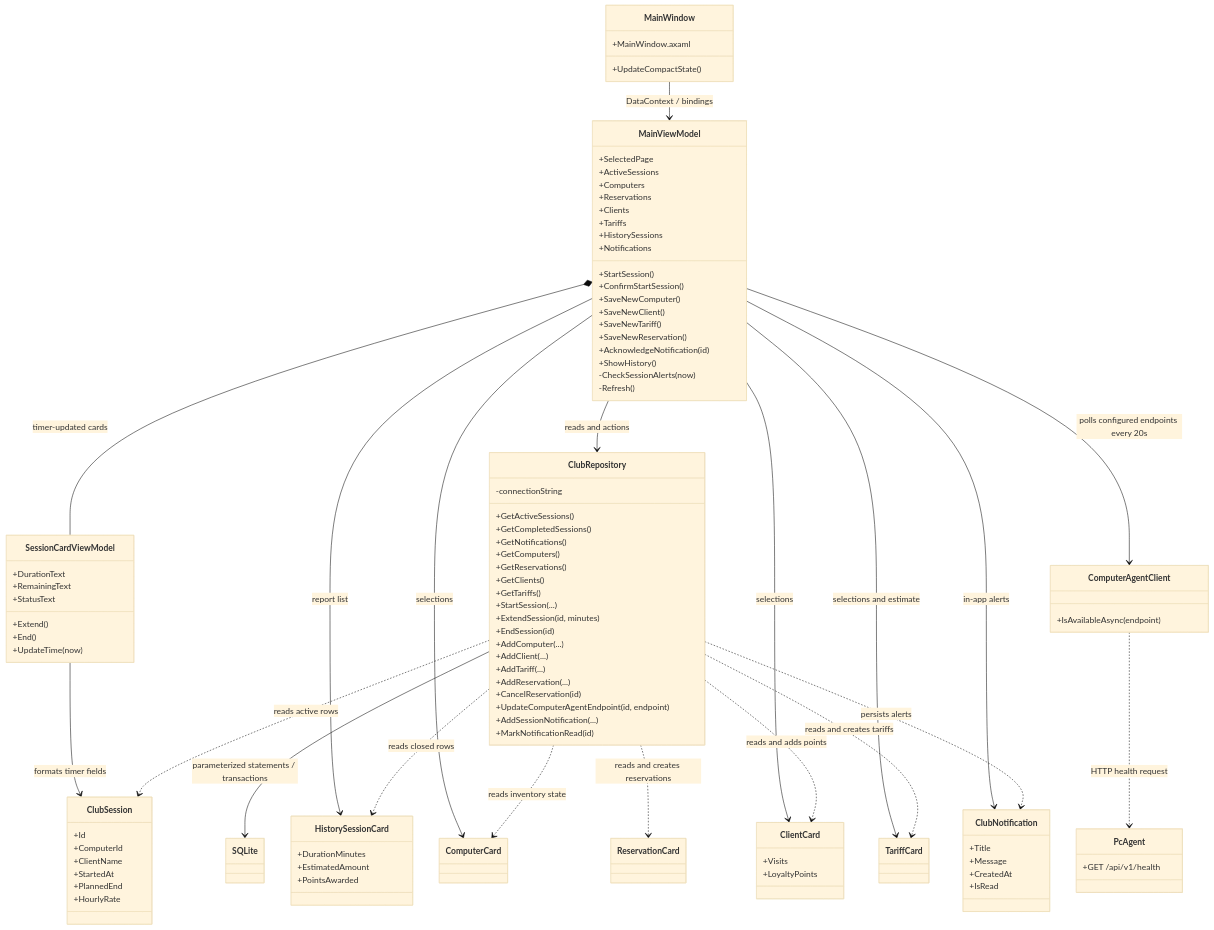
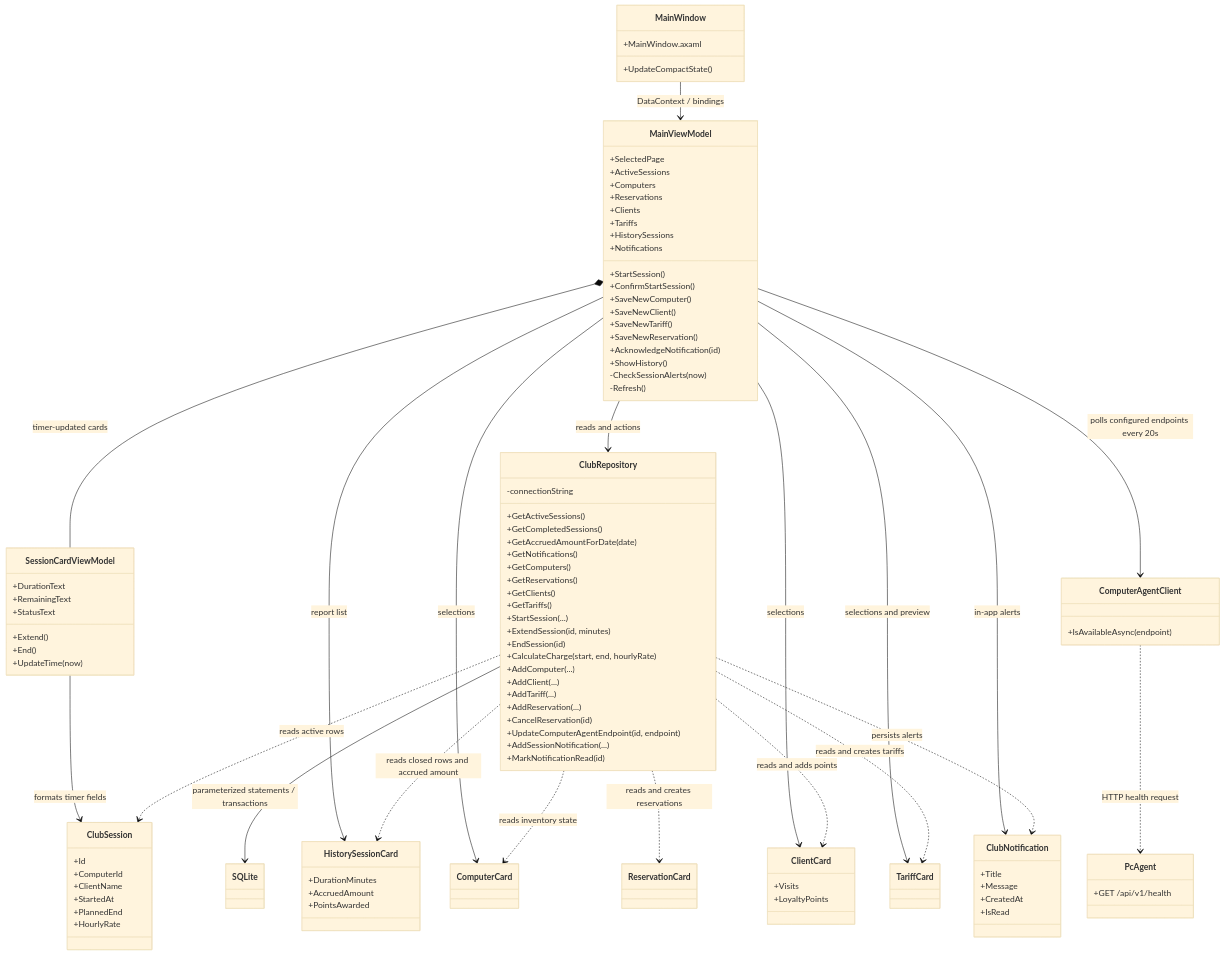
One commit to stanislavslobodyan/leopard-club-management changed the diagram in docs/CLASS-DIAGRAM.md. Above: the diagram before and after it, drawn with Mermaid (base theme). The commit also changed 6 other files, not shown here.

```diff
--- a/docs/CLASS-DIAGRAM.md
+++ b/docs/CLASS-DIAGRAM.md
@@ -38,6 +38,7 @@
       -connectionString
       +GetActiveSessions()
       +GetCompletedSessions()
+      +GetAccruedAmountForDate(date)
       +GetNotifications()
       +GetComputers()
       +GetReservations()
@@ -46,6 +47,7 @@
       +StartSession(...)
       +ExtendSession(id, minutes)
       +EndSession(id)
+      +CalculateCharge(start, end, hourlyRate)
       +AddComputer(...)
       +AddClient(...)
       +AddTariff(...)
@@ -78,7 +80,7 @@
     class TariffCard
     class HistorySessionCard {
       +DurationMinutes
-      +EstimatedAmount
+      +AccruedAmount
       +PointsAwarded
     }
     class ClubNotification {
@@ -94,7 +96,7 @@
     MainViewModel --> ClubRepository : reads and actions
     MainViewModel --> ComputerCard : selections
     MainViewModel --> ClientCard : selections
-    MainViewModel --> TariffCard : selections and estimate
+    MainViewModel --> TariffCard : selections and preview
     MainViewModel --> HistorySessionCard : report list
     MainViewModel --> ClubNotification : in-app alerts
     MainViewModel --> ComputerAgentClient : polls configured endpoints every 20s
@@ -102,7 +104,7 @@
     SessionCardViewModel --> ClubSession : formats timer fields
     ClubRepository --> SQLite : parameterized statements / transactions
     ClubRepository ..> ClubSession : reads active rows
-    ClubRepository ..> HistorySessionCard : reads closed rows
+    ClubRepository ..> HistorySessionCard : reads closed rows and accrued amount
     ClubRepository ..> ComputerCard : reads inventory state
     ClubRepository ..> ReservationCard : reads and creates reservations
     ClubRepository ..> ClientCard : reads and adds points
```
